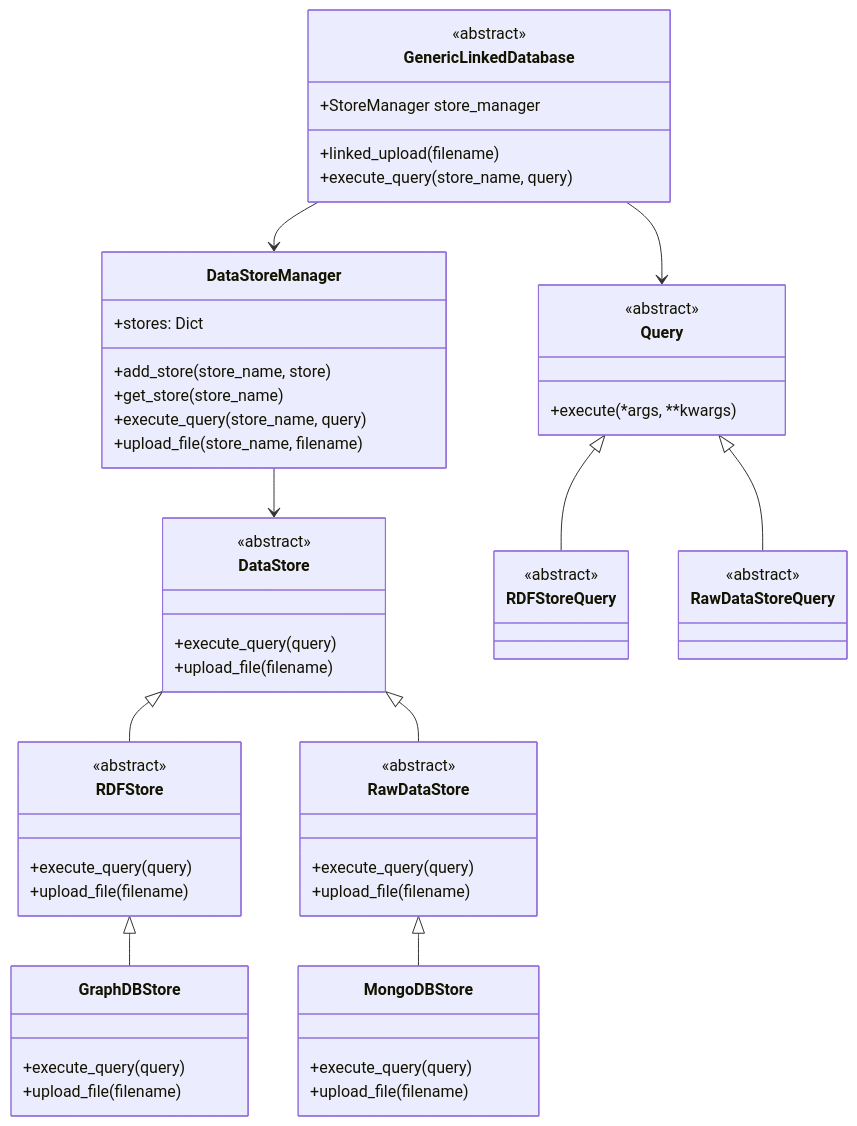
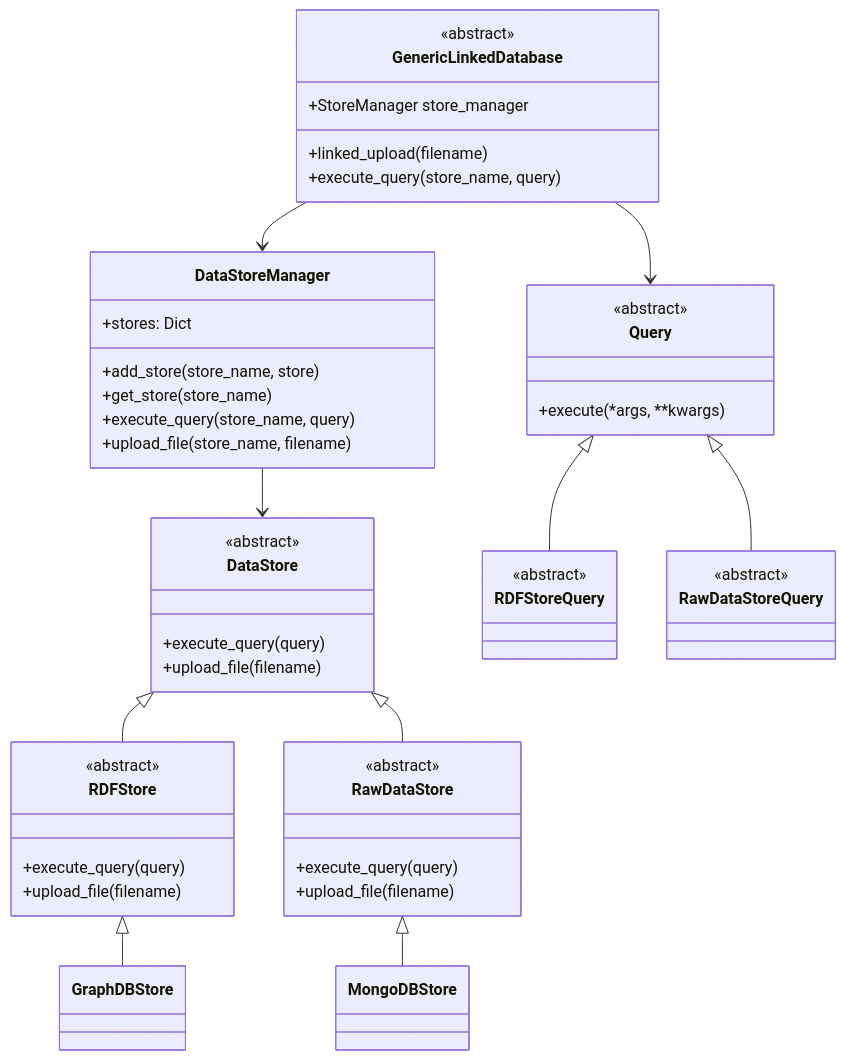
One commit to matthiasprobst/generic-linked-database changed the diagram in README.md. Above: the diagram before and after it, drawn with Mermaid.

````diff
--- a/README.md
+++ b/README.md
@@ -34,69 +34,59 @@
 ```mermaid
 classDiagram
     class GenericLinkedDatabase {
         <<abstract>>
         +StoreManager store_manager
         +linked_upload(filename)
         +execute_query(store_name, query)
     }
 
     class DataStoreManager {
         +stores: Dict
         +add_store(store_name, store)
         +get_store(store_name)
         +execute_query(store_name, query)
         +upload_file(store_name, filename)
     }
 
     class DataStore {
         <<abstract>>
         +execute_query(query)
         +upload_file(filename)
     }
 
     class RDFStore {
         <<abstract>>
         +execute_query(query)
         +upload_file(filename)
     }
 
     class RawDataStore {
         <<abstract>>
         +execute_query(query)
         +upload_file(filename)
     }
 
-    class GraphDBStore {
-        +execute_query(query)
-        +upload_file(filename)
-    }
-
-    class MongoDBStore {
-        +execute_query(query)
-        +upload_file(filename)
-    }
-
     class Query {
         <<abstract>>
         +execute(*args, **kwargs)
     }
 
     class RDFStoreQuery {
         <<abstract>>
     }
 
     class RawDataStoreQuery {
         <<abstract>>
     }
 
     %% Relationships
     GenericLinkedDatabase --> DataStoreManager
     GenericLinkedDatabase --> Query
     DataStoreManager --> DataStore
     DataStore <|-- RDFStore
     DataStore <|-- RawDataStore
     RDFStore <|-- GraphDBStore
     RawDataStore <|-- MongoDBStore
     Query <|-- RDFStoreQuery
     Query <|-- RawDataStoreQuery
 ```
````
